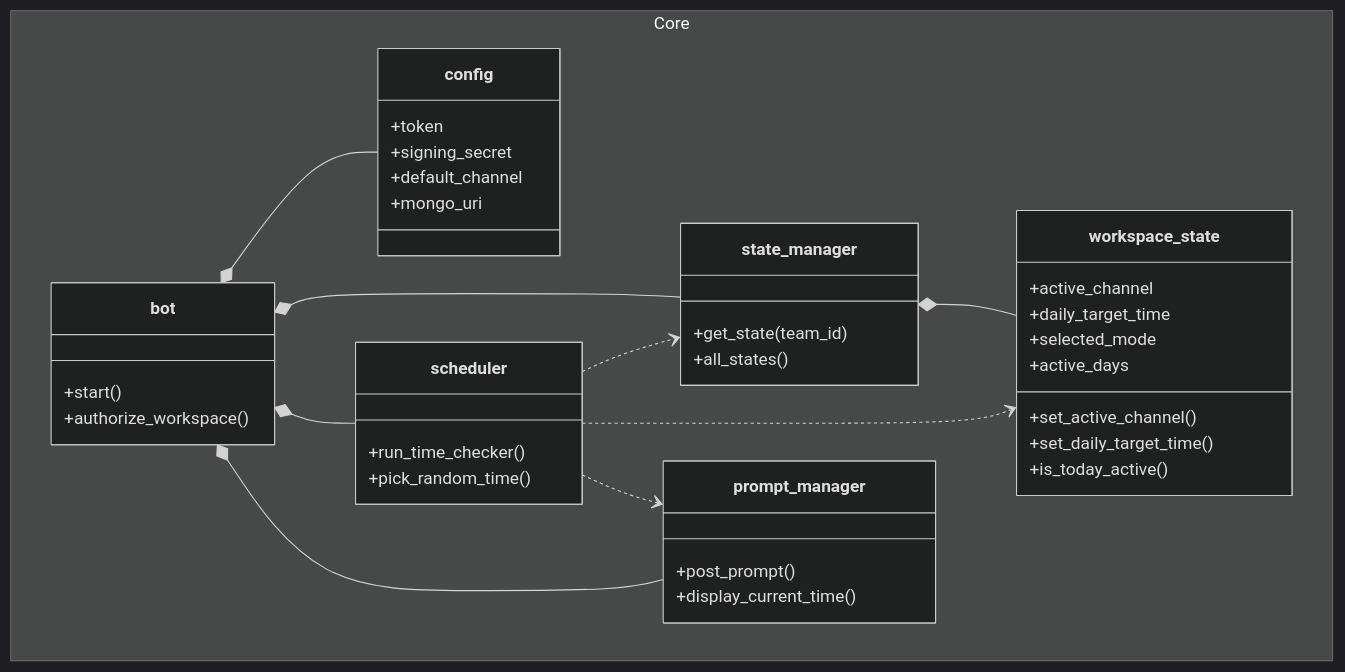
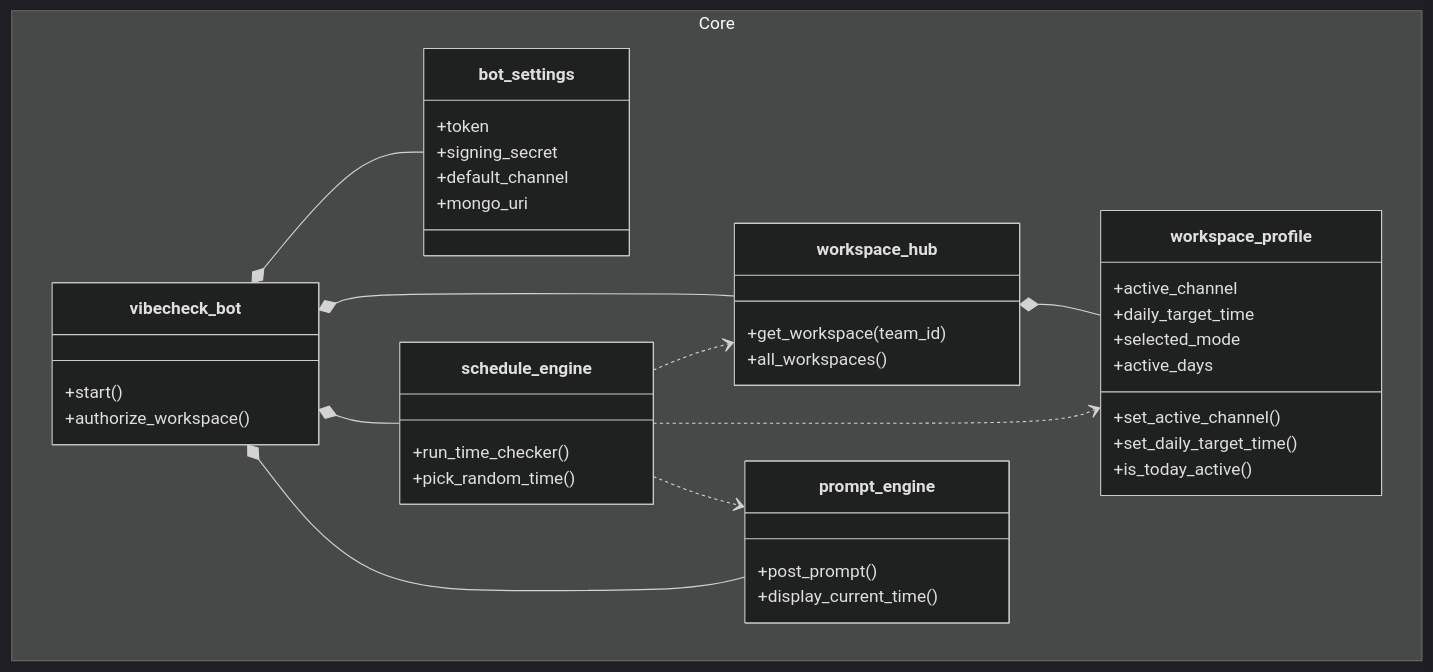
The second of 4 diagrams in documentation/docs/system-architecture/class-diagram.md (Capstone-Projects-2026-spring/project-bereal-chatbot), drawn with Mermaid (dark theme) before and after one commit. The commit also changed other lines of this file, not shown here.

Commit message:
class diagram updated

````diff
--- a/documentation/docs/system-architecture/class-diagram.md
+++ b/documentation/docs/system-architecture/class-diagram.md
@@ -81,51 +81,51 @@
 ```mermaid
 classDiagram
 direction TB
     namespace Core {
-        class bot {
+        class vibecheck_bot {
             +start()
             +authorize_workspace()
         }
 
-        class config {
+        class bot_settings {
             +token
             +signing_secret
             +default_channel
             +mongo_uri
         }
 
-        class state_manager {
-            +get_state(team_id)
-            +all_states()
+        class workspace_hub {
+            +get_workspace(team_id)
+            +all_workspaces()
         }
 
-        class workspace_state {
+        class workspace_profile {
             +active_channel
             +daily_target_time
             +selected_mode
             +active_days
             +set_active_channel()
             +set_daily_target_time()
             +is_today_active()
         }
 
-        class scheduler {
+        class schedule_engine {
             +run_time_checker()
             +pick_random_time()
         }
 
-        class prompt_manager {
+        class prompt_engine {
             +post_prompt()
             +display_current_time()
         }
     }
 
-    bot *-- config
-    bot *-- state_manager
-    bot *-- scheduler
-    bot *-- prompt_manager
-    state_manager *-- workspace_state
-    scheduler ..> state_manager
-    scheduler ..> workspace_state
-    scheduler ..> prompt_manager
+    vibecheck_bot *-- bot_settings
+    vibecheck_bot *-- workspace_hub
+    vibecheck_bot *-- schedule_engine
+    vibecheck_bot *-- prompt_engine
+    workspace_hub *-- workspace_profile
+    schedule_engine ..> workspace_hub
+    schedule_engine ..> workspace_profile
+    schedule_engine ..> prompt_engine
 ```
````
